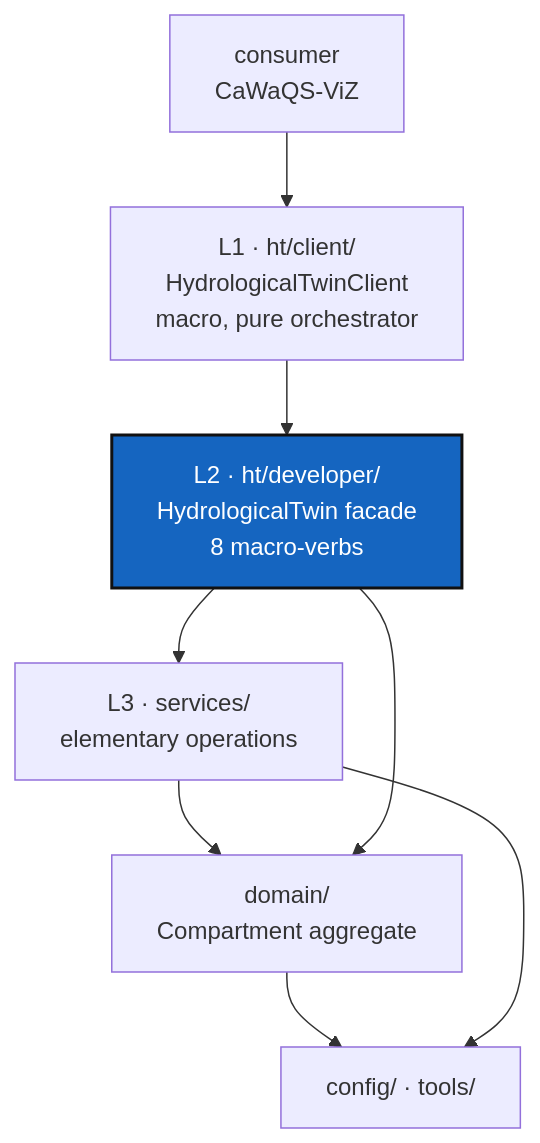
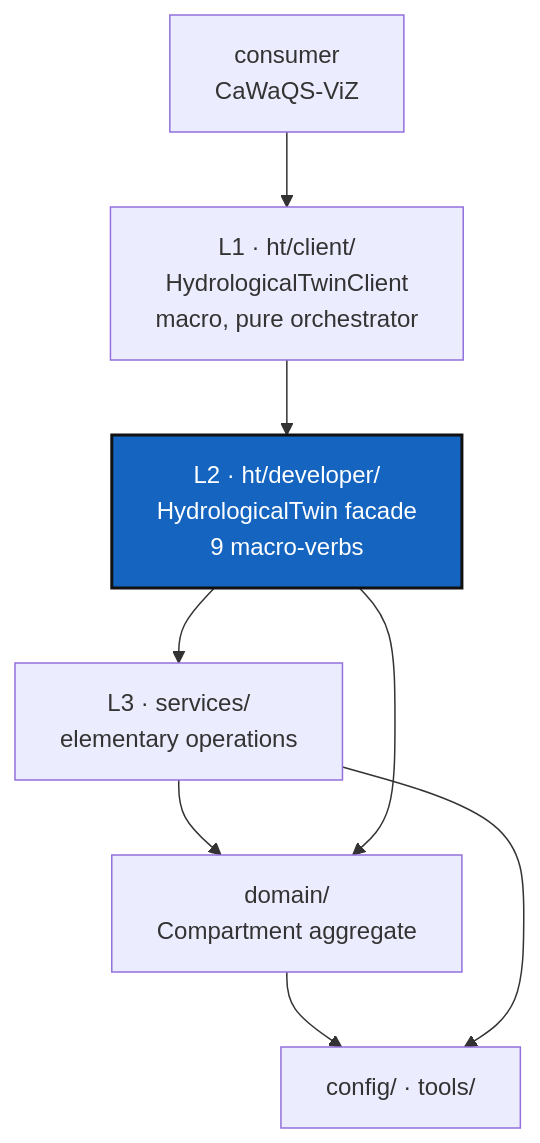
Before and after one commit to flipoyo/.localSpec: the diagram in AdditionalSpecs.md, drawn with Mermaid. The commit also changed other lines of this file and 3 other files, not shown here.

````diff
--- a/AdditionalSpecs.md
+++ b/AdditionalSpecs.md
@@ -29,13 +29,13 @@
 ```mermaid
 graph TD
     C["consumer<br/>CaWaQS-ViZ"] --> L1["L1 · ht/client/<br/>HydrologicalTwinClient<br/>macro, pure orchestrator"]
-    L1 --> L2["L2 · ht/developer/<br/>HydrologicalTwin facade<br/>8 macro-verbs"]
+    L1 --> L2["L2 · ht/developer/<br/>HydrologicalTwin facade<br/>9 macro-verbs"]
     L2 --> L3["L3 · services/<br/>elementary operations"]
     L3 --> D["domain/<br/>Compartment aggregate"]
     L2 --> D
     D --> CF["config/ · tools/"]
     L3 --> CF
 
     classDef here fill:#1565C0,color:#fff,stroke:#111,stroke-width:2px;
     class L2 here;
 ```
````
